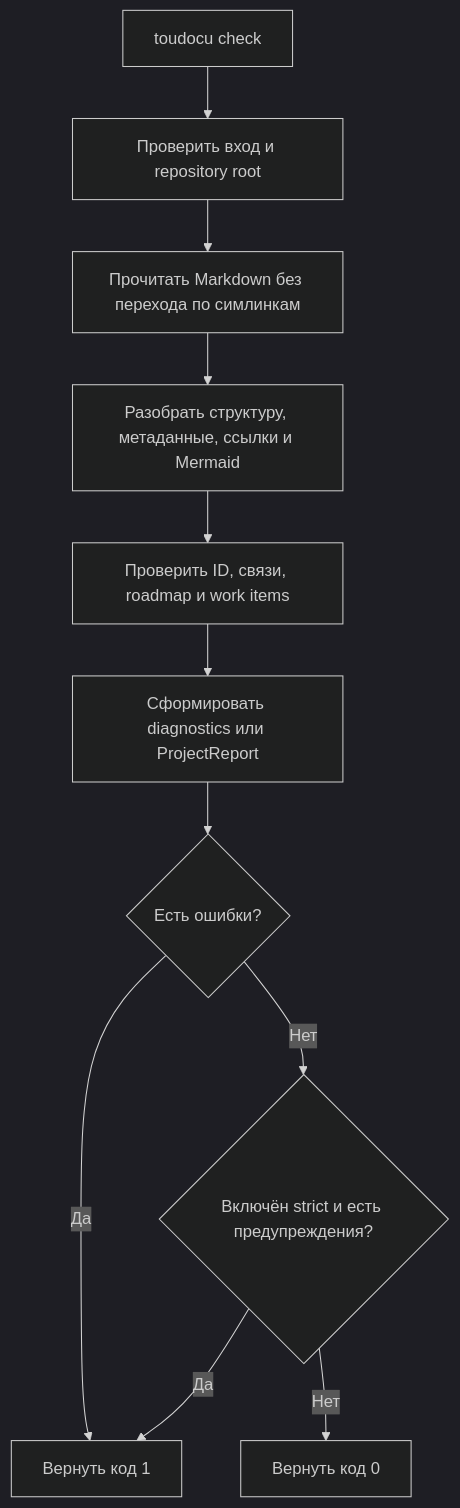
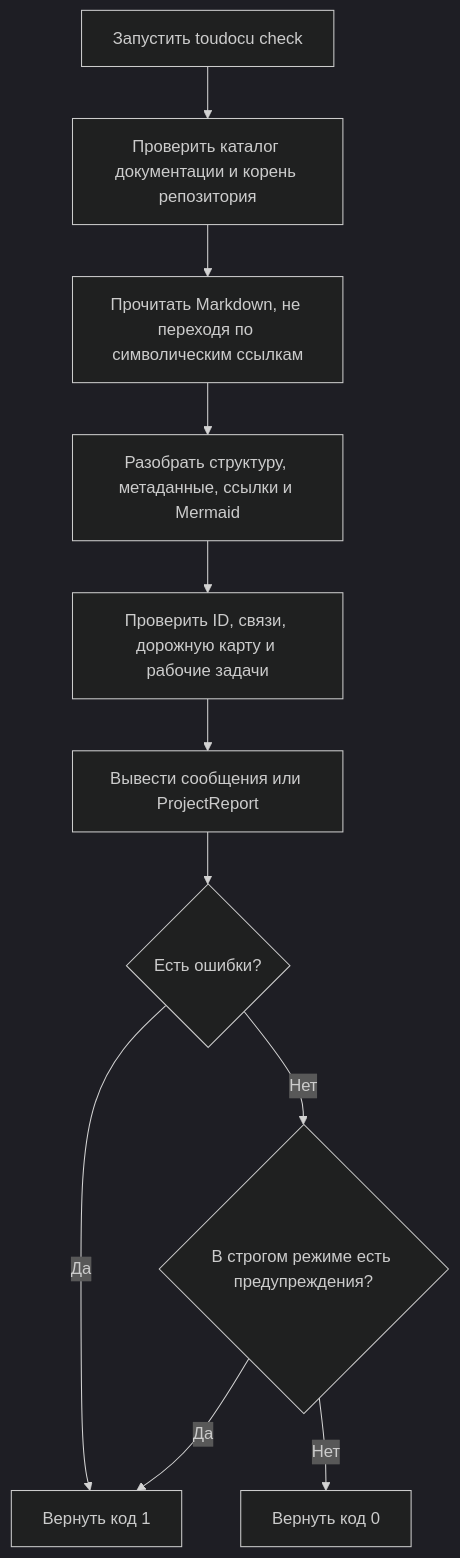
One commit to lumenikoly/toudocu changed the diagram in docs/flows/FLOW-DOCS-CHECK.md. Above: the diagram before and after it, drawn with Mermaid (dark theme). The commit also changed other lines of this file and 418 other files, not shown here.

````diff
--- a/docs/flows/FLOW-DOCS-CHECK.md
+++ b/docs/flows/FLOW-DOCS-CHECK.md
@@ -14,13 +14,13 @@
 ```mermaid
 flowchart TD
-    Start["toudocu check"] --> Resolve["Проверить вход и repository root"]
-    Resolve --> Read["Прочитать Markdown без перехода по симлинкам"]
+    Start["Запустить toudocu check"] --> Resolve["Проверить каталог документации и корень репозитория"]
+    Resolve --> Read["Прочитать Markdown, не переходя по символическим ссылкам"]
     Read --> Parse["Разобрать структуру, метаданные, ссылки и Mermaid"]
-    Parse --> Validate["Проверить ID, связи, roadmap и work items"]
-    Validate --> Report["Сформировать diagnostics или ProjectReport"]
+    Parse --> Validate["Проверить ID, связи, дорожную карту и рабочие задачи"]
+    Validate --> Report["Вывести сообщения или ProjectReport"]
     Report --> Errors{"Есть ошибки?"}
     Errors -->|Да| Failed["Вернуть код 1"]
-    Errors -->|Нет| Strict{"Включён strict и есть предупреждения?"}
+    Errors -->|Нет| Strict{"В строгом режиме есть предупреждения?"}
     Strict -->|Да| Failed
     Strict -->|Нет| Passed["Вернуть код 0"]
 ```
````
